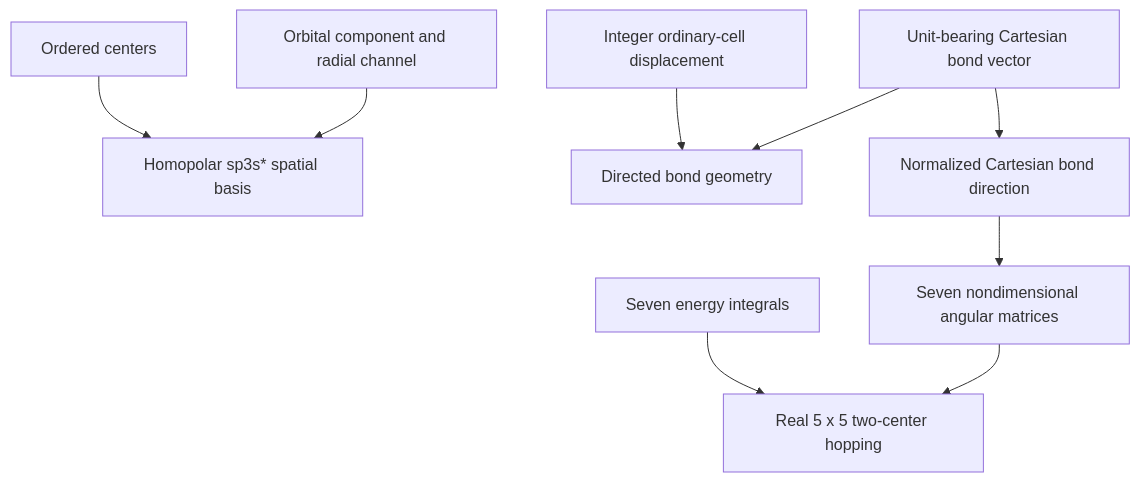
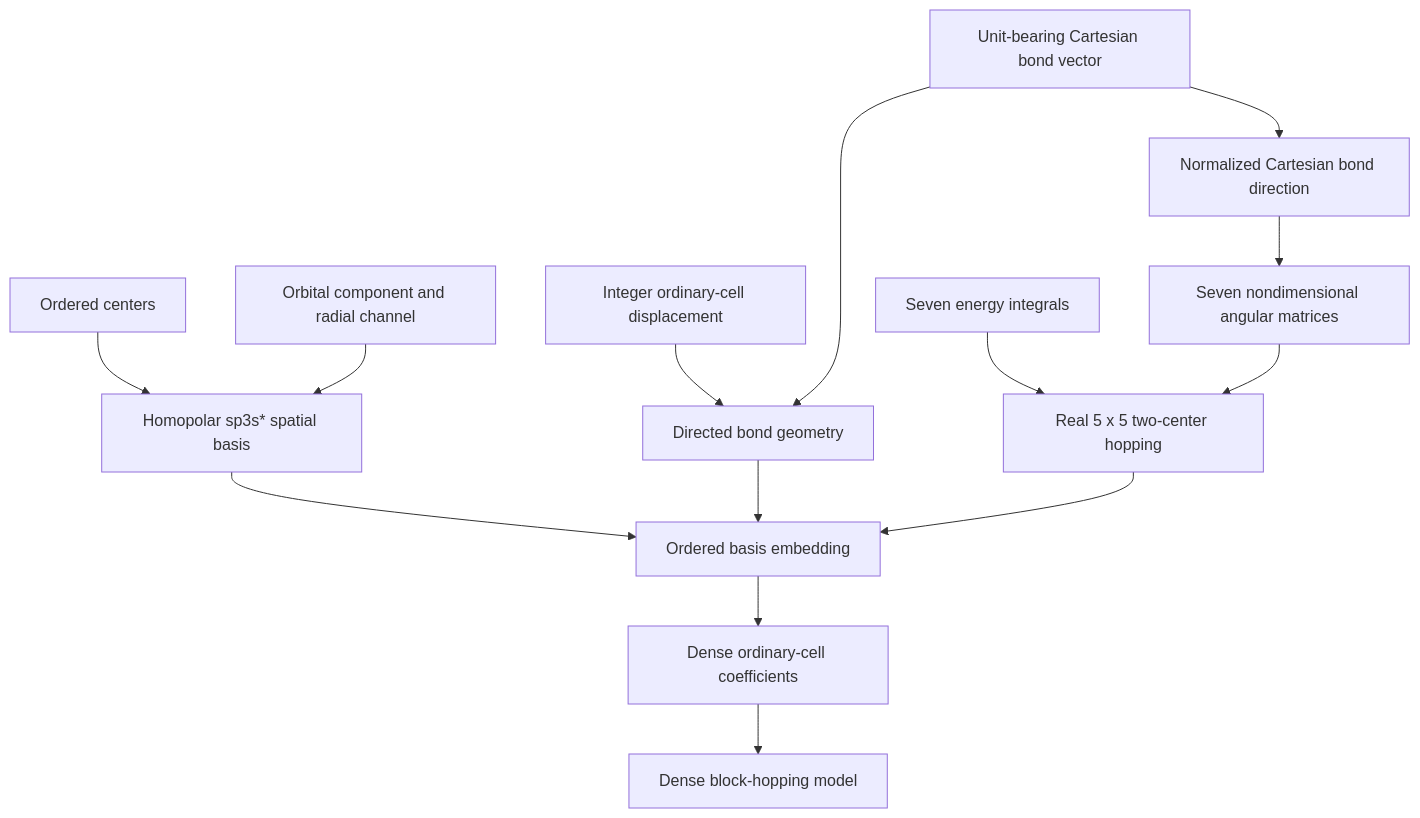
The diagram in docs/architecture/projectkoios/physkit/solidstate/tb/slater_koster/schematics.md (eragasa/projectkoios-physkit), drawn with Mermaid before and after one commit. The commit also changed other lines of this file and 9 other files, not shown here.

````diff
--- a/docs/architecture/projectkoios/physkit/solidstate/tb/slater_koster/schematics.md
+++ b/docs/architecture/projectkoios/physkit/solidstate/tb/slater_koster/schematics.md
@@ -3,22 +3,30 @@
 ```mermaid
 flowchart TD
     C[Ordered centers]
     O[Orbital component and radial channel]
     B[Homopolar sp3s* spatial basis]
     R[Integer ordinary-cell displacement]
     X[Unit-bearing Cartesian bond vector]
     G[Directed bond geometry]
     D[Normalized Cartesian bond direction]
     V[Seven energy integrals]
     A[Seven nondimensional angular matrices]
     T[Real 5 x 5 two-center hopping]
+    E[Ordered basis embedding]
+    H[Dense ordinary-cell coefficients]
+    M[Dense block-hopping model]
 
     C --> B
     O --> B
     R --> G
     X --> G
     X --> D
     D --> A
     V --> T
     A --> T
+    B --> E
+    G --> E
+    T --> E
+    E --> H
+    H --> M
 ```
````
